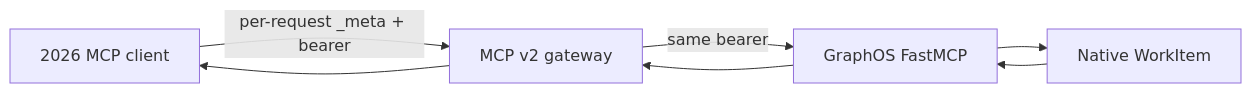
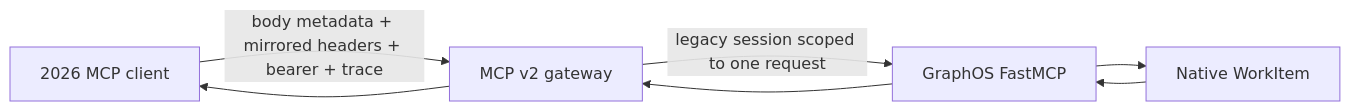
Before and after one commit to Knuckles-Team/agent-utilities: the diagram in docs/architecture/mcp_v2_gateway.md, drawn with Mermaid. The commit also changed other lines of this file and 6 other files, not shown here.

Commit message:
feat(mcp): harden v2 gateway transport

````diff
--- a/docs/architecture/mcp_v2_gateway.md
+++ b/docs/architecture/mcp_v2_gateway.md
@@ -8,7 +8,7 @@
 ```mermaid
 flowchart LR
-  C[2026 MCP client] -->|per-request _meta + bearer| V2[MCP v2 gateway]
-  V2 -->|same bearer| G[GraphOS FastMCP]
+  C[2026 MCP client] -->|body metadata + mirrored headers + bearer + trace| V2[MCP v2 gateway]
+  V2 -->|legacy session scoped to one request| G[GraphOS FastMCP]
   G --> W[Native WorkItem]
   W --> G --> V2 --> C
 ```
````
